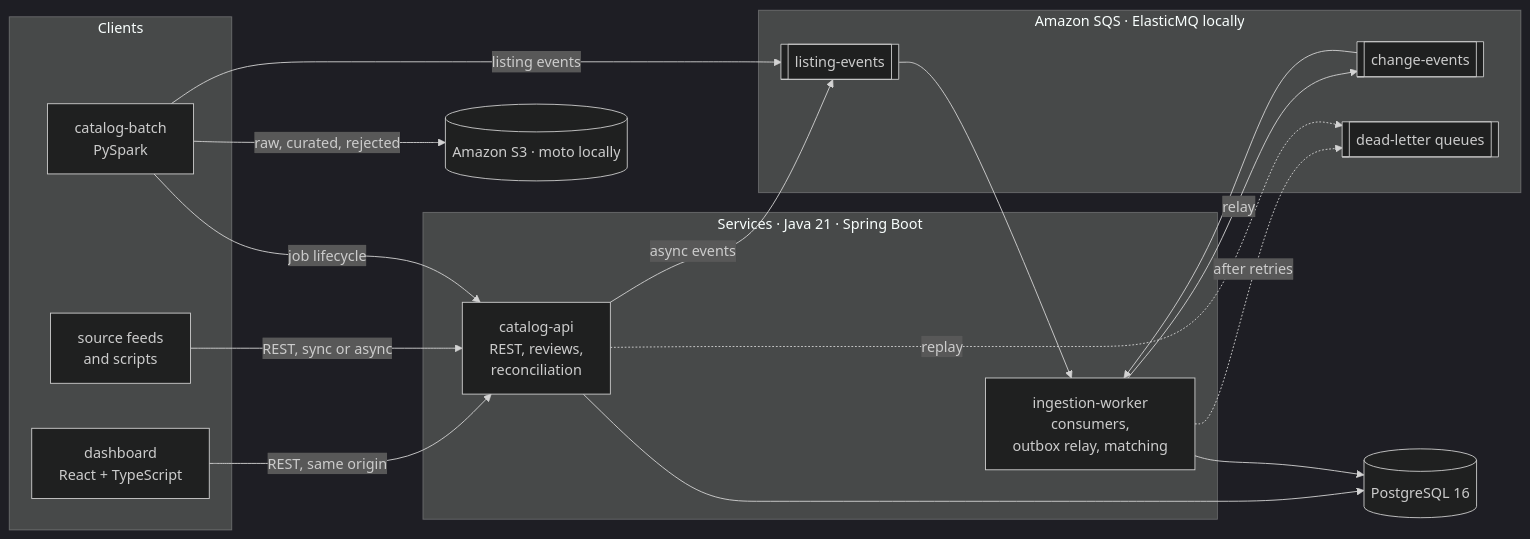
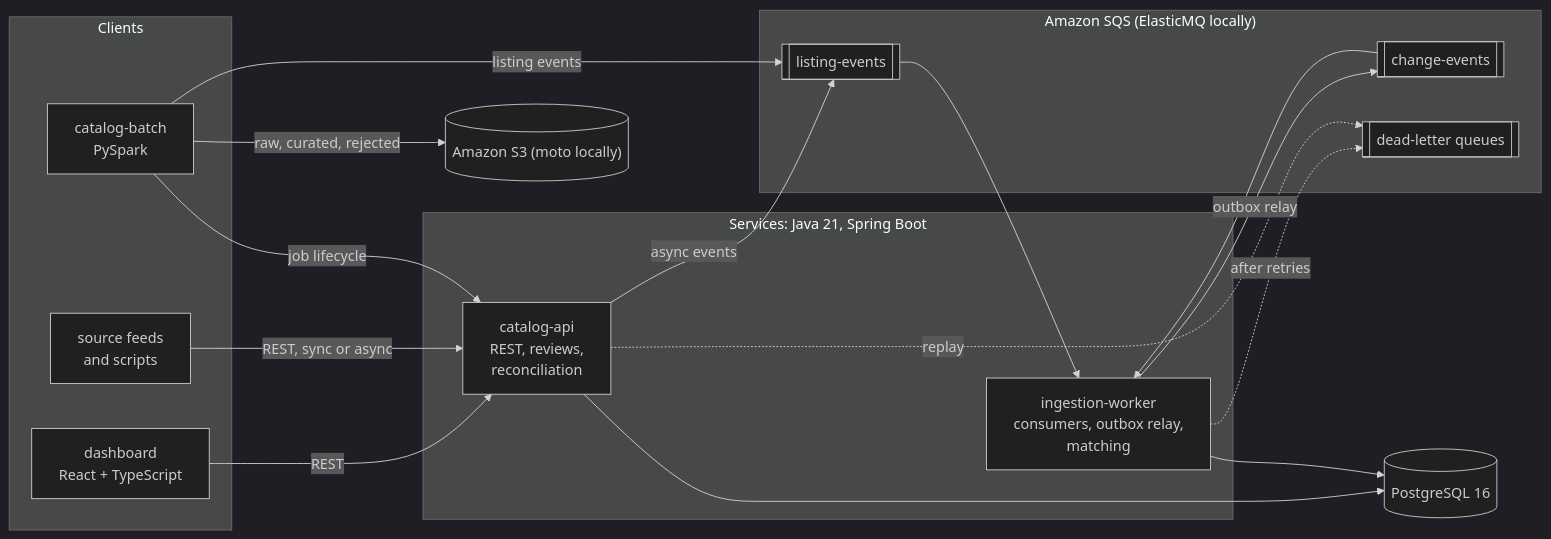
One commit to narendarreddyk7-beep/catalogsentinel changed the first of 4 diagrams in README.md. Above: the diagram before and after it, drawn with Mermaid (dark theme). The commit also changed other lines of this file and 9 other files, not shown here.

Commit message:
Rewrite README with diagrams and illustrations

````diff
--- a/README.md
+++ b/README.md
@@ -51,32 +50,32 @@
 ```mermaid
 flowchart LR
     subgraph clients["Clients"]
         ui["dashboard<br/>React + TypeScript"]
         feeds["source feeds<br/>and scripts"]
         batch["catalog-batch<br/>PySpark"]
     end
-    subgraph services["Services · Java 21 · Spring Boot"]
+    subgraph services["Services: Java 21, Spring Boot"]
         api["catalog-api<br/>REST, reviews,<br/>reconciliation"]
-        worker["ingestion-worker<br/>consumers,<br/>outbox relay, matching"]
+        worker["ingestion-worker<br/>consumers, outbox relay,<br/>matching"]
     end
-    subgraph queues["Amazon SQS · ElasticMQ locally"]
+    subgraph queues["Amazon SQS (ElasticMQ locally)"]
         lq[["listing-events"]]
         cq[["change-events"]]
         dlq[["dead-letter queues"]]
     end
     pg[("PostgreSQL 16")]
-    s3[("Amazon S3 · moto locally")]
-    ui -- "REST, same origin" --> api
+    s3[("Amazon S3 (moto locally)")]
+    ui -- "REST" --> api
     feeds -- "REST, sync or async" --> api
     batch -- "job lifecycle" --> api
     batch -- "listing events" --> lq
     batch -- "raw, curated, rejected" --> s3
     api -- "async events" --> lq
     lq --> worker
-    worker -- "relay" --> cq
+    worker -- "outbox relay" --> cq
     cq --> worker
     worker -. "after retries" .-> dlq
     api -. "replay" .-> dlq
     api --> pg
     worker --> pg
 ```
````
